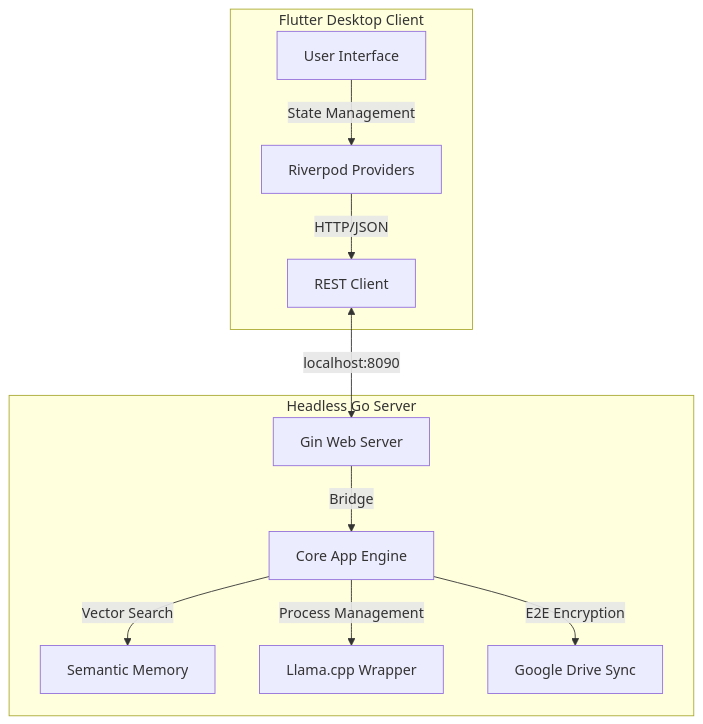
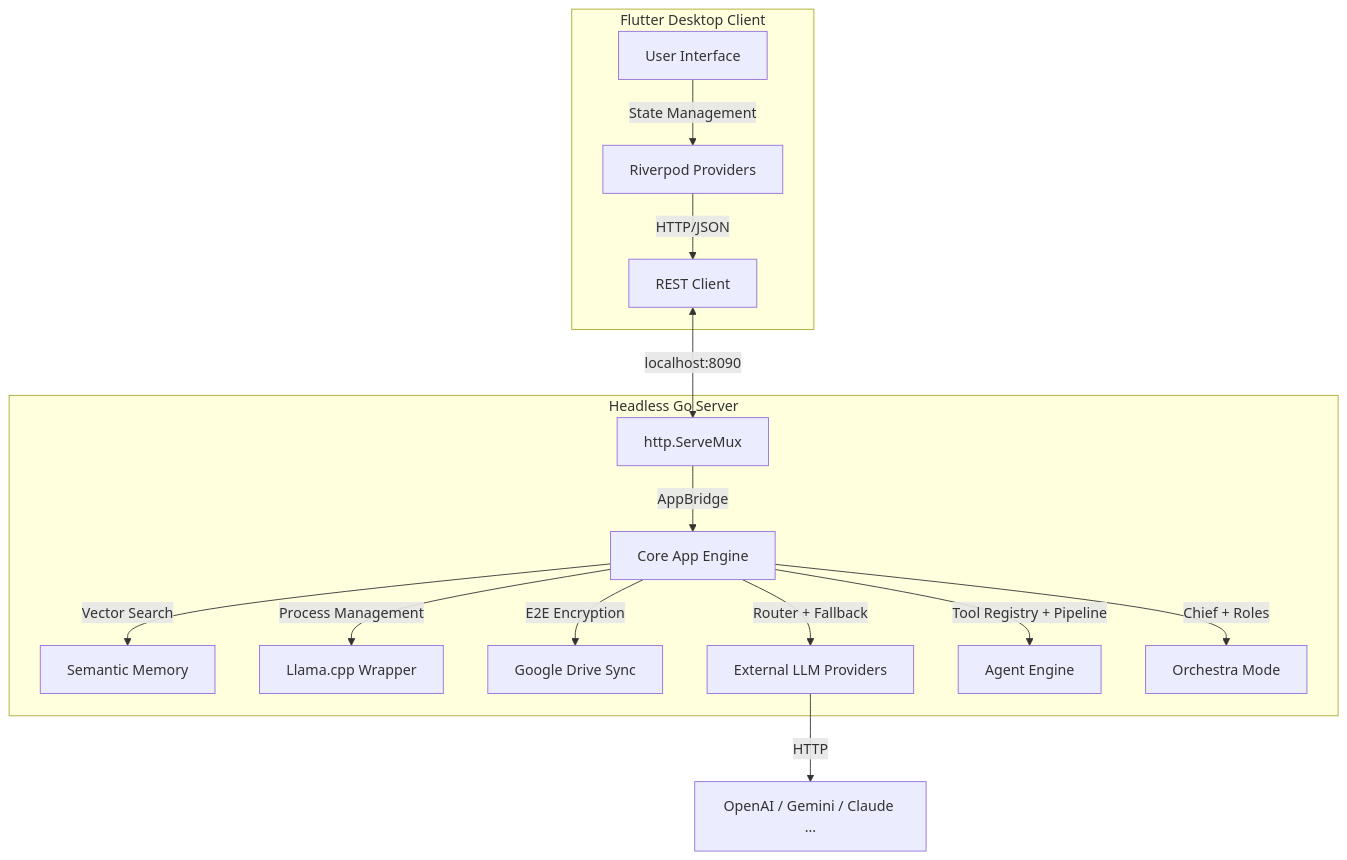
The diagram in obsidian-doc-en/Memo/Architecture.md (BugraAkdemir/memo), drawn with Mermaid before and after one commit. The commit also changed other lines of this file and 66 other files, not shown here.

First line of the commit message:
feat: add agent execution engine with streaming support to App

````diff
--- a/obsidian-doc-en/Memo/Architecture.md
+++ b/obsidian-doc-en/Memo/Architecture.md
@@ -11,16 +11,20 @@
 ```mermaid
 graph TD
     subgraph Frontend [Flutter Desktop Client]
         UI[User Interface] -->|State Management| States[Riverpod Providers]
         States -->|HTTP/JSON| API_Client[REST Client]
     end
 
     subgraph Backend [Headless Go Server]
-        WebServer[Gin Web Server] -->|Bridge| AppGo[Core App Engine]
+        WebServer[http.ServeMux] -->|AppBridge| AppGo[Core App Engine]
         AppGo -->|Vector Search| Memory[Semantic Memory]
         AppGo -->|Process Management| Llama[Llama.cpp Wrapper]
         AppGo -->|E2E Encryption| Sync[Google Drive Sync]
+        AppGo -->|Router + Fallback| Providers[External LLM Providers]
+        AppGo -->|Tool Registry + Pipeline| Agent[Agent Engine]
+        AppGo -->|Chief + Roles| Orchestra[Orchestra Mode]
     end
 
     API_Client <-->|localhost:8090| WebServer
+    Providers -->|HTTP| External[OpenAI / Gemini / Claude ...]
 ```
````
